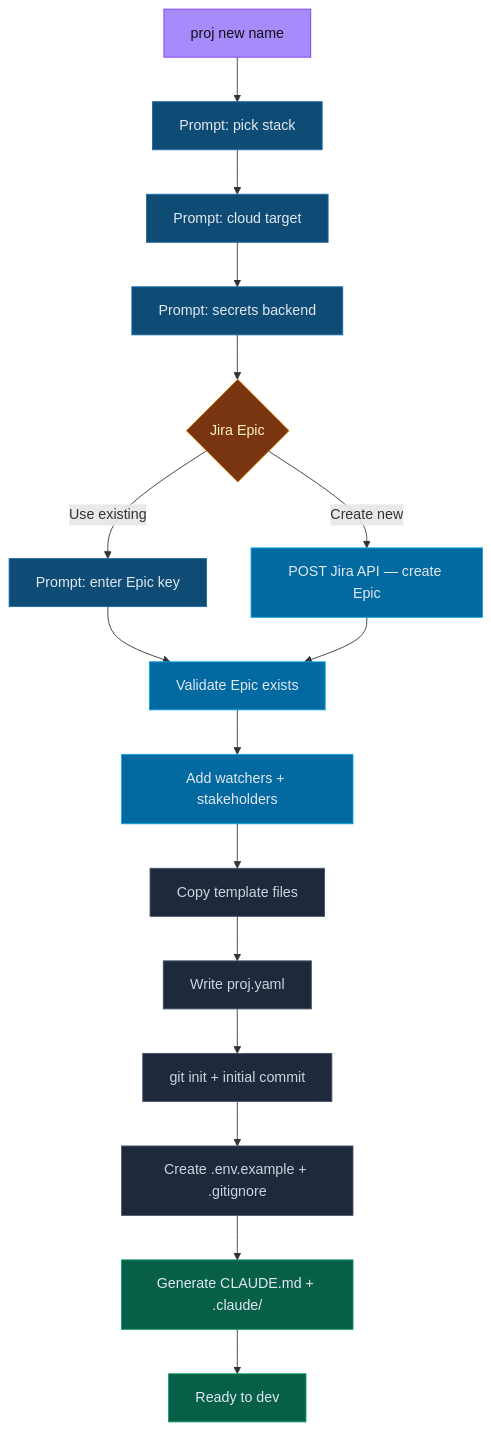
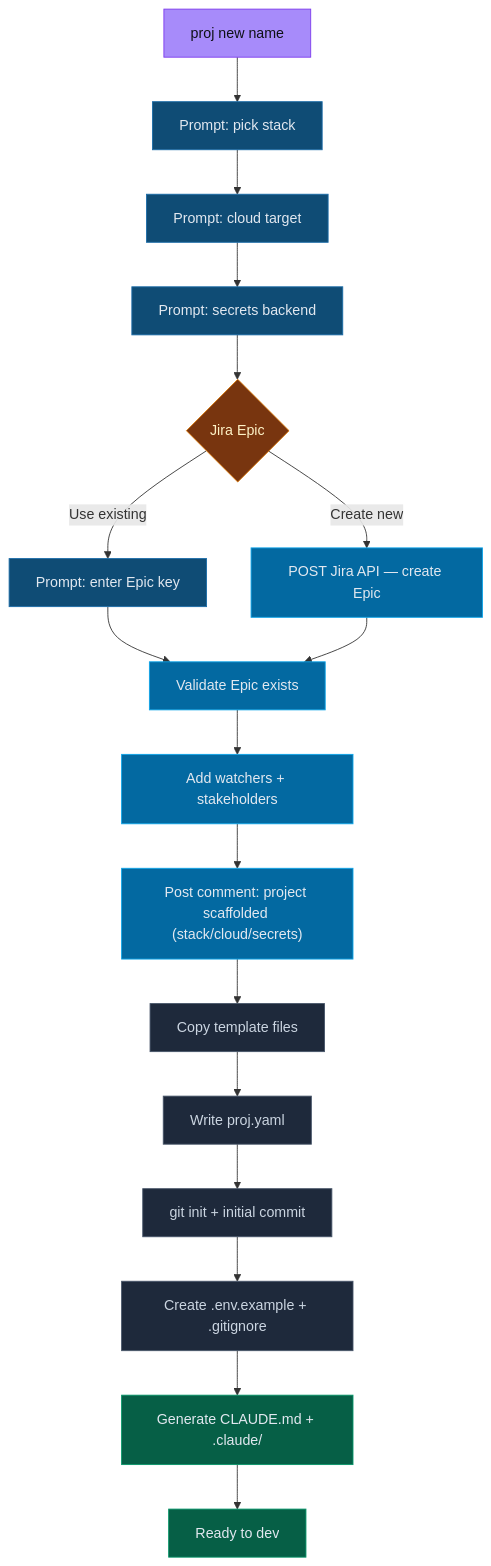
The second of 7 diagrams in README.md (erosrage/Athena), drawn with Mermaid before and after one commit. The commit also changed other lines of this file and 5 other files, not shown here.

````diff
--- a/README.md
+++ b/README.md
@@ -47,26 +47,27 @@
 ```mermaid
 flowchart TD
     A["proj new name"]:::entry
     A --> B["Prompt: pick stack"]:::prompt
     B --> C["Prompt: cloud target"]:::prompt
     C --> SB["Prompt: secrets backend"]:::prompt
     SB --> J{"Jira Epic"}:::decision
     J -->|"Use existing"| J1["Prompt: enter Epic key"]:::prompt
     J -->|"Create new"| J2["POST Jira API — create Epic"]:::jira
     J1 --> J3["Validate Epic exists"]:::jira
     J2 --> J3
     J3 --> J4["Add watchers + stakeholders"]:::jira
-    J4 --> D["Copy template files"]:::action
+    J4 --> JC["Post comment: project scaffolded (stack/cloud/secrets)"]:::jira
+    JC --> D["Copy template files"]:::action
     D --> E["Write proj.yaml"]:::action
     E --> F["git init + initial commit"]:::action
     F --> G["Create .env.example + .gitignore"]:::action
     G --> H["Generate CLAUDE.md + .claude/"]:::claude
     H --> Z["Ready to dev"]:::done
     classDef entry fill:#a78bfa,stroke:#7c3aed,color:#0f1117
     classDef prompt fill:#0f4c75,stroke:#1b6ca8,color:#e2e8f0
     classDef action fill:#1e293b,stroke:#475569,color:#cbd5e1
     classDef decision fill:#78350f,stroke:#d97706,color:#fef3c7
     classDef done fill:#065f46,stroke:#059669,color:#e2e8f0
     classDef claude fill:#065f46,stroke:#059669,color:#e2e8f0
     classDef jira fill:#0369a1,stroke:#0ea5e9,color:#e2e8f0
 ```
````
